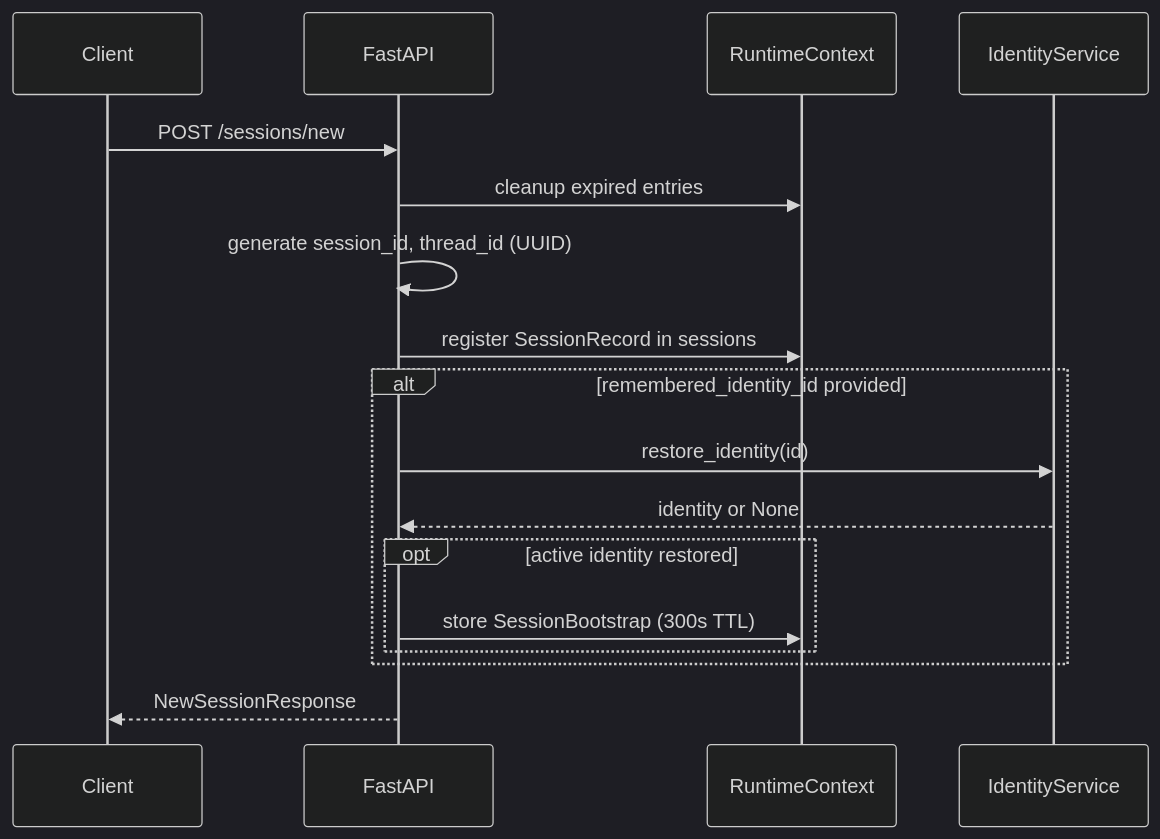
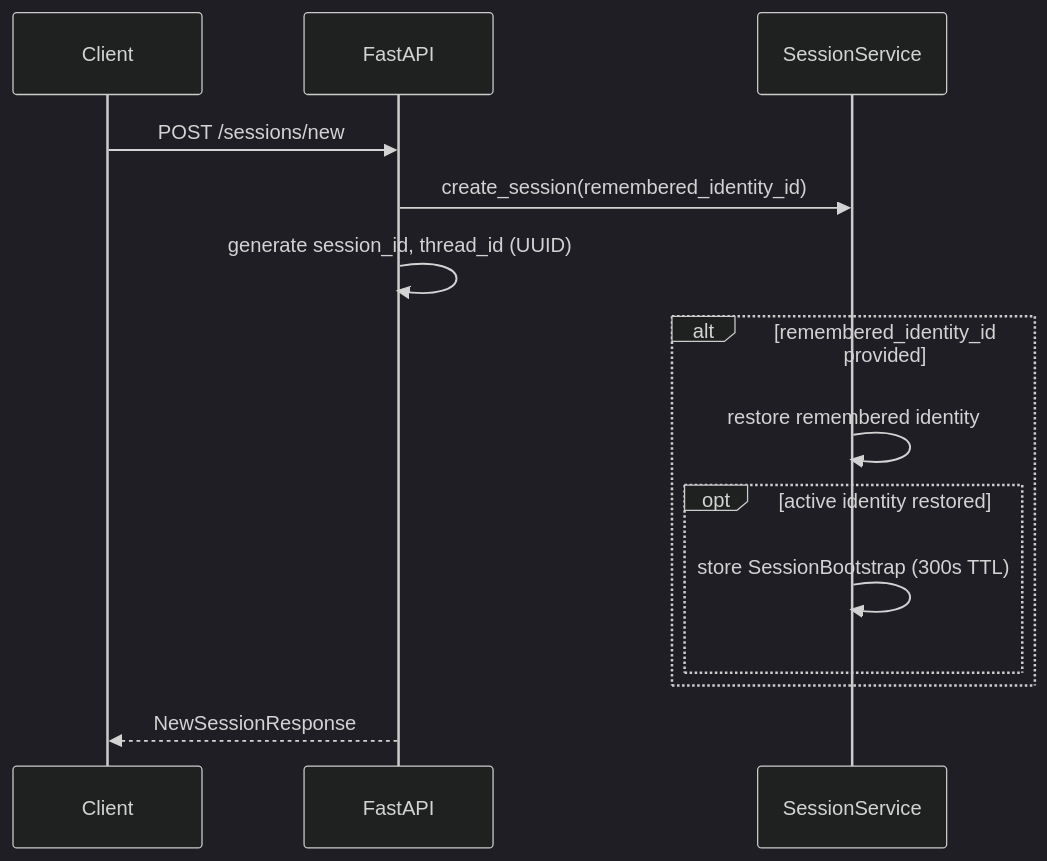
One commit to ktakanopy/appointment-bot changed the fourth of 6 diagrams in docs/architecture.md. Above: the diagram before and after it, drawn with Mermaid (dark theme). The commit also changed other lines of this file and 47 other files, not shown here.

````diff
--- a/docs/architecture.md
+++ b/docs/architecture.md
@@ -70,20 +135,17 @@
 ```mermaid
 sequenceDiagram
   participant C as Client
   participant API as FastAPI
-  participant RT as RuntimeContext
-  participant IS as IdentityService
+  participant SS as SessionService
 
   C->>API: POST /sessions/new
-  API->>RT: cleanup expired entries
+  API->>SS: create_session(remembered_identity_id)
   API->>API: generate session_id, thread_id (UUID)
-  API->>RT: register SessionRecord in sessions
   alt remembered_identity_id provided
-    API->>IS: restore_identity(id)
-    IS-->>API: identity or None
+    SS->>SS: restore remembered identity
     opt active identity restored
-      API->>RT: store SessionBootstrap (300s TTL)
+      SS->>SS: store SessionBootstrap (300s TTL)
     end
   end
   API-->>C: NewSessionResponse
 ```
````
